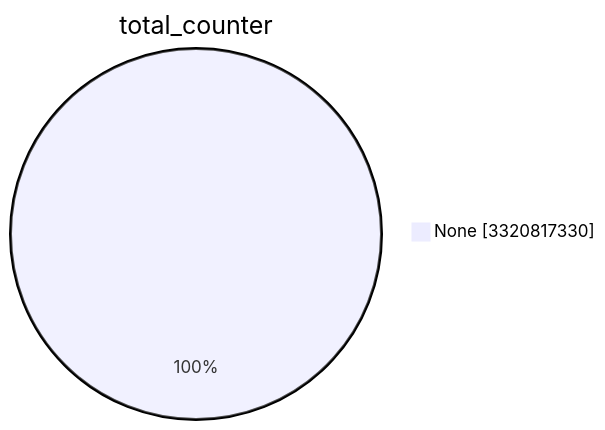
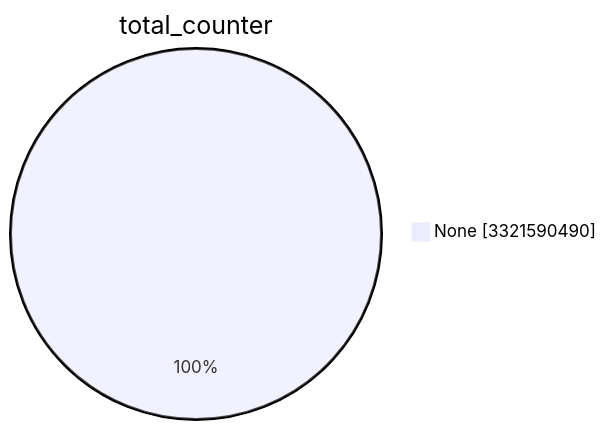
One commit to christiankrug/ctmonitor_visualization changed the first of 15 diagrams in TOTAL/README.md. Above: the diagram before and after it, drawn with Mermaid. The commit also changed other lines of this file, not shown here.

````diff
--- a/TOTAL/README.md
+++ b/TOTAL/README.md
@@ -1,5 +1,5 @@
 ```mermaid
 pie showData
 title total_counter
-"None" :3320817330
+"None" :3321590490
 ```
````
